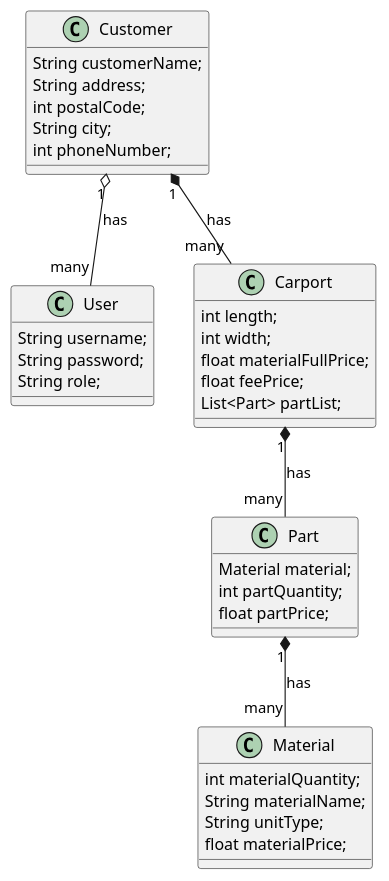
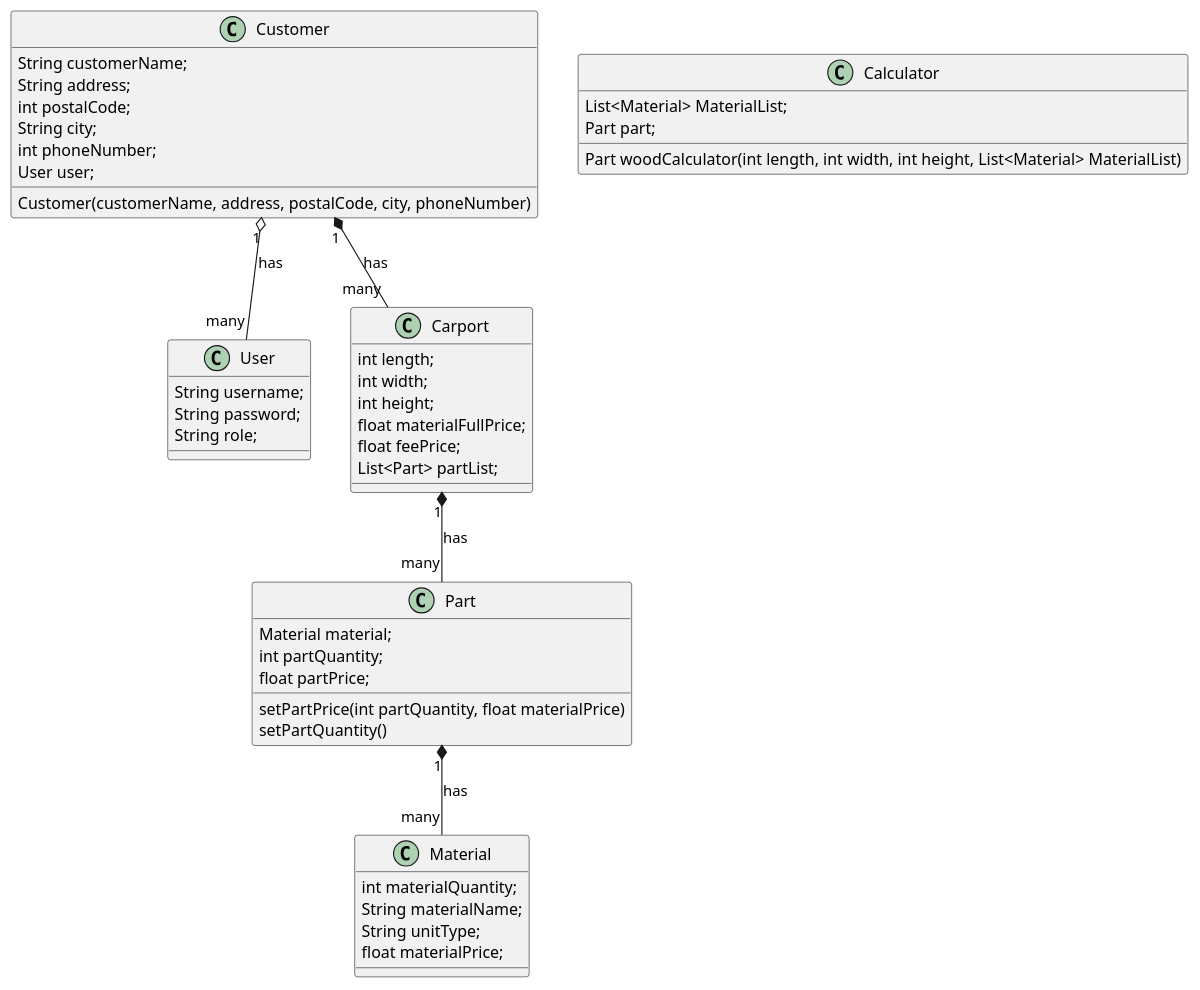
The diagram in documentation/Class Diagram.puml (Israa1809/Carport), drawn with PlantUML before and after one commit.

Commit message:
changes in classdiagram

```diff
--- a/documentation/Class Diagram.puml
+++ b/documentation/Class Diagram.puml
@@ -1,51 +1,66 @@
 @startuml
 'https://plantuml.com/class-diagram
 
 class User
 class Customer
 class Carport
 class Material
 
 Customer "1" o-- "many" User : has
 Customer "1" *-- "many" Carport : has
 Carport "1" *-- "many" Part : has
 Part "1" *-- "many" Material : has
 
 class User{
 String username;
 String password;
 String role;
 }
 
 class Customer{
 String customerName;
 String address;
 int postalCode;
 String city;
 int phoneNumber;
+User user;
+Customer(customerName, address, postalCode, city, phoneNumber)
+'getters - for alle
+'User user// constructor uden user
 }
 
 class Carport {
 int length;
 int width;
+int height;
 float materialFullPrice;
 float feePrice;
 List<Part> partList;
+'getters - for alle
 }
 
 class Part{
 Material material;
 int partQuantity;
 float partPrice;
+setPartPrice(int partQuantity, float materialPrice)
+'{quantity x mateterialPrice}
+setPartQuantity()
+'getters - for alle
 }
 
 class Material{
 int materialQuantity;
 String materialName;
 String unitType;
 float materialPrice;
+'getters - for alle
 }
 
-
+class Calculator{
+List<Material> MaterialList;
+Part part;
+Part woodCalculator(int length, int width, int height, List<Material> MaterialList)
+}
 
 @enduml
```
